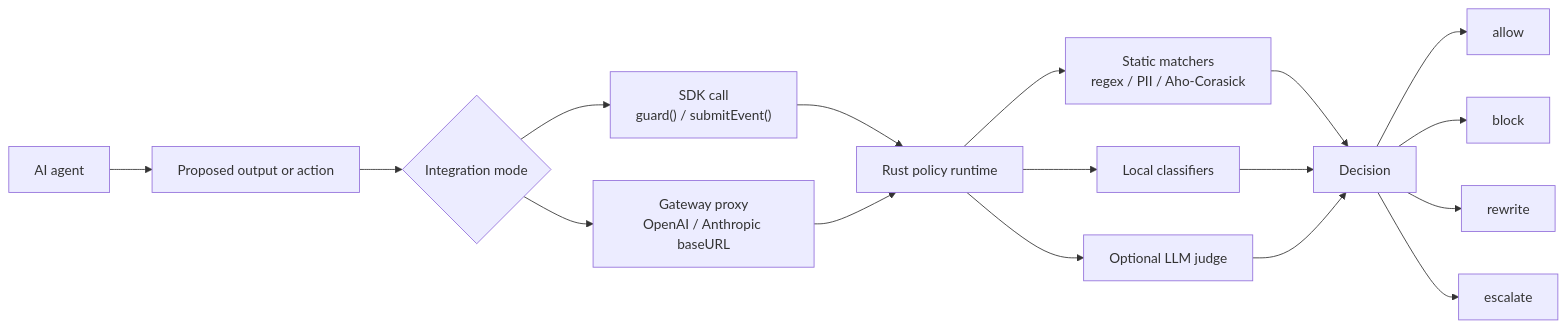
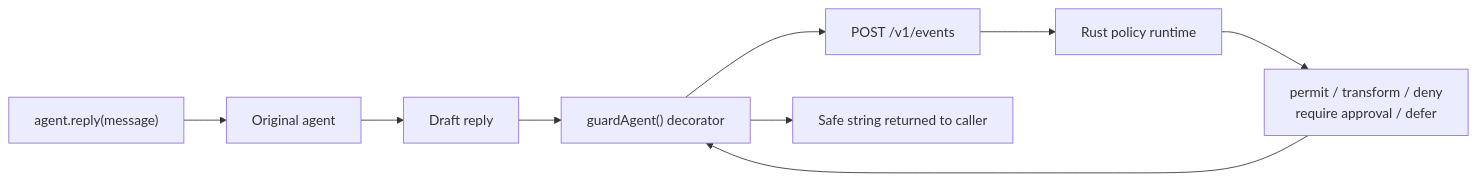
The diagram in README.md (ducnguyen67201/TrustLoopGuard), drawn with Mermaid before and after one commit. The commit also changed other lines of this file and 204 other files, not shown here.

Commit message:
feat(sdk): add decorator-first onboarding

````diff
--- a/README.md
+++ b/README.md
@@ -44,19 +62,11 @@
 ```mermaid
 flowchart LR
-    agent["AI agent"] --> draft["Proposed output or action"]
-    draft --> mode{"Integration mode"}
-    mode --> sdk["SDK call<br/>guard() / submitEvent()"]
-    mode --> proxy["Gateway proxy<br/>OpenAI / Anthropic baseURL"]
-    sdk --> runtime["Rust policy runtime"]
-    proxy --> runtime
-    runtime --> static["Static matchers<br/>regex / PII / Aho-Corasick"]
-    runtime --> local["Local classifiers"]
-    runtime --> judge["Optional LLM judge"]
-    static --> decision["Decision"]
-    local --> decision
-    judge --> decision
-    decision --> allow["allow"]
-    decision --> block["block"]
-    decision --> rewrite["rewrite"]
-    decision --> escalate["escalate"]
+    call["agent.reply(message)"] --> agent["Original agent"]
+    agent --> draft["Draft reply"]
+    draft --> sdk["guardAgent() decorator"]
+    sdk --> event["POST /v1/events"]
+    event --> runtime["Rust policy runtime"]
+    runtime --> decision["permit / transform / deny<br/>require approval / defer"]
+    decision --> sdk
+    sdk --> caller["Safe string returned to caller"]
 ```
````
